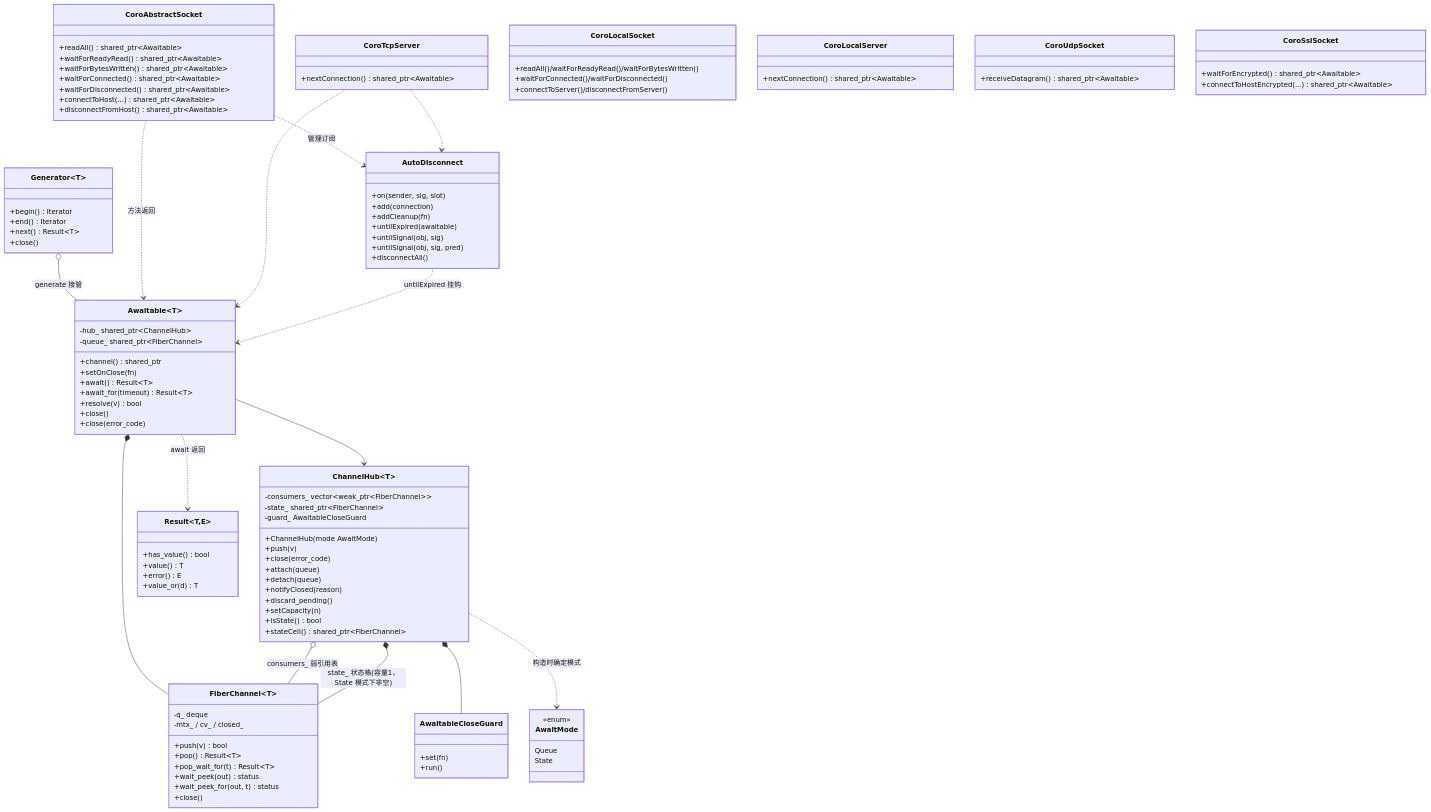
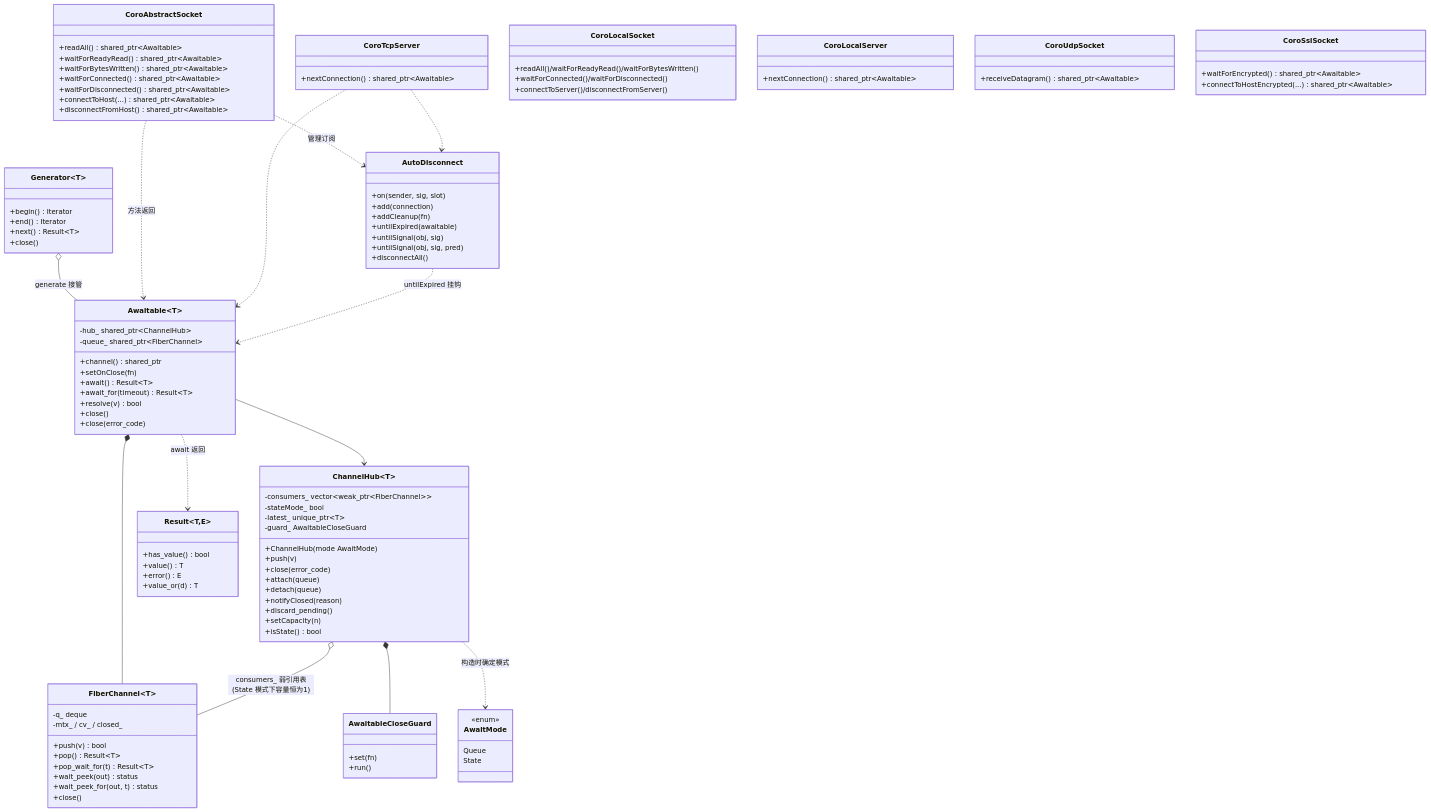
Before and after one commit to Ste7an-cs/AsyncTask: the diagram in doc/img/sdd-05-csc_await.mmd, drawn with Mermaid. The commit also changed 7 other files, not shown here.

```diff
--- a/doc/img/sdd-05-csc_await.mmd
+++ b/doc/img/sdd-05-csc_await.mmd
@@ -1,108 +1,107 @@
 classDiagram
     class Awaitable~T~ {
         -hub_ shared_ptr~ChannelHub~
         -queue_ shared_ptr~FiberChannel~
         +channel() shared_ptr
         +setOnClose(fn)
         +await() Result~T~
         +await_for(timeout) Result~T~
         +resolve(v) bool
         +close()
         +close(error_code)
     }
     class AwaitMode {
         <<enum>>
         Queue
         State
     }
     class ChannelHub~T~ {
         +ChannelHub(mode AwaitMode)
         +push(v)
         +close(error_code)
         +attach(queue)
         +detach(queue)
         +notifyClosed(reason)
         +discard_pending()
         +setCapacity(n)
         +isState() bool
-        +stateCell() shared_ptr~FiberChannel~
         -consumers_ vector~weak_ptr~FiberChannel~~
-        -state_ shared_ptr~FiberChannel~
+        -stateMode_ bool
+        -latest_ unique_ptr~T~
         -guard_ AwaitableCloseGuard
     }
     class AwaitableCloseGuard {
         +set(fn)
         +run()
     }
     class AutoDisconnect {
         +on(sender, sig, slot)
         +add(connection)
         +addCleanup(fn)
         +untilExpired(awaitable)
         +untilSignal(obj, sig)
         +untilSignal(obj, sig, pred)
         +disconnectAll()
     }
     class Generator~T~ {
         +begin() Iterator
         +end() Iterator
         +next() Result~T~
         +close()
     }
     class FiberChannel~T~ {
         +push(v) bool
         +pop() Result~T~
         +pop_wait_for(t) Result~T~
         +wait_peek(out) status
         +wait_peek_for(out, t) status
         +close()
         -q_ deque
         -mtx_ / cv_ / closed_
     }
     class Result~T,E~ {
         +has_value() bool
         +value() T
         +error() E
         +value_or(d) T
     }
     class CoroAbstractSocket {
         +readAll() shared_ptr~Awaitable<QByteArray>~
         +waitForReadyRead() shared_ptr~Awaitable<void>~
         +waitForBytesWritten() shared_ptr~Awaitable<void>~
         +waitForConnected() shared_ptr~Awaitable<void>~
         +waitForDisconnected() shared_ptr~Awaitable<void>~
         +connectToHost(...) shared_ptr~Awaitable<void>~
         +disconnectFromHost() shared_ptr~Awaitable<void>~
     }
     class CoroTcpServer {
         +nextConnection() shared_ptr~Awaitable<QTcpSocket*>~
     }
     class CoroLocalSocket {
         +readAll()/waitForReadyRead()/waitForBytesWritten()
         +waitForConnected()/waitForDisconnected()
         +connectToServer()/disconnectFromServer()
     }
     class CoroLocalServer {
         +nextConnection() shared_ptr~Awaitable<QLocalSocket*>~
     }
     class CoroUdpSocket {
         +receiveDatagram() shared_ptr~Awaitable<QNetworkDatagram>~
     }
     class CoroSslSocket {
         +waitForEncrypted() shared_ptr~Awaitable<void>~
         +connectToHostEncrypted(...) shared_ptr~Awaitable<void>~
     }
 
     Awaitable --> ChannelHub
     Awaitable *-- FiberChannel
-    ChannelHub o-- FiberChannel : consumers_ 弱引用表
-    ChannelHub *-- FiberChannel : state_ 状态格(容量1，State 模式下非空)
+    ChannelHub o-- FiberChannel : consumers_ 弱引用表(State 模式下容量恒为1)
     ChannelHub *-- AwaitableCloseGuard
     ChannelHub ..> AwaitMode : 构造时确定模式
     Awaitable ..> Result : await 返回
     Generator o-- Awaitable : generate 接管
     CoroAbstractSocket ..> Awaitable : 方法返回
     CoroAbstractSocket ..> AutoDisconnect : 管理订阅
     CoroTcpServer ..> Awaitable
     CoroTcpServer ..> AutoDisconnect
     AutoDisconnect ..> Awaitable : untilExpired 挂钩
```
